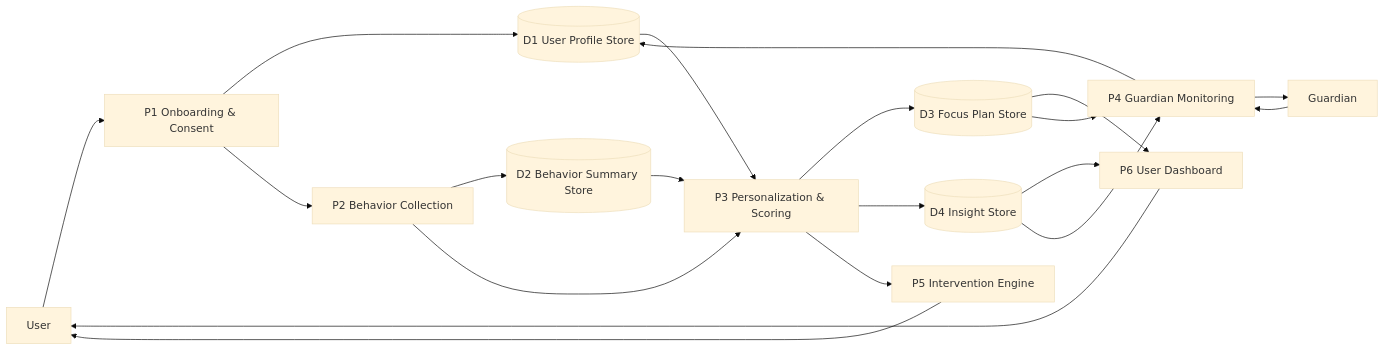
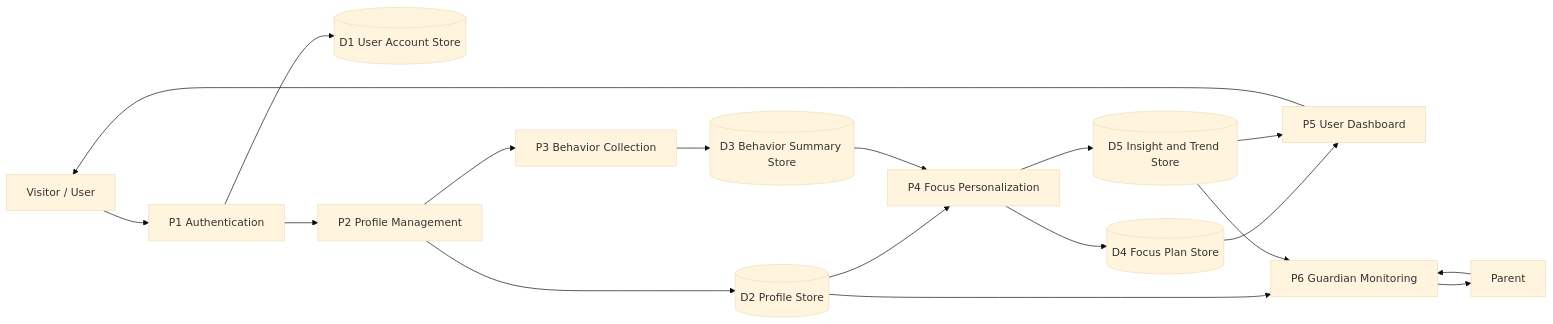
Before and after one commit to BasantSaad/brain-rot-X-BRAIN-BOOST: the third of 7 diagrams in ARCHITECTURE_DIAGRAM.md, drawn with Mermaid (base theme). The commit also changed other lines of this file and 16 other files, not shown here.

````diff
--- a/ARCHITECTURE_DIAGRAM.md
+++ b/ARCHITECTURE_DIAGRAM.md
@@ -62,23 +60,20 @@
 ```mermaid
 flowchart LR
-    ext1["User"] --> p1["P1 Onboarding & Consent"]
-    ext2["Guardian"] --> p4["P4 Guardian Monitoring"]
-
-    p1 --> d1[("D1 User Profile Store")]
-    p1 --> p2["P2 Behavior Collection"]
-    p2 --> d2[("D2 Behavior Summary Store")]
-    p2 --> p3["P3 Personalization & Scoring"]
-    d1 --> p3
-    d2 --> p3
-    p3 --> d3[("D3 Focus Plan Store")]
-    p3 --> d4[("D4 Insight Store")]
-    p3 --> p5["P5 Intervention Engine"]
-    d3 --> p6["P6 User Dashboard"]
-    d4 --> p6
-    p6 --> ext1
-    p4 --> d1
+    ext1["Visitor / User"] --> p1["P1 Authentication"]
+    p1 --> d1[("D1 User Account Store")]
+    p1 --> p2["P2 Profile Management"]
+    p2 --> d2[("D2 Profile Store")]
+    p2 --> p3["P3 Behavior Collection"]
+    p3 --> d3[("D3 Behavior Summary Store")]
+    d2 --> p4["P4 Focus Personalization"]
     d3 --> p4
-    d4 --> p4
-    p4 --> ext2
+    p4 --> d4[("D4 Focus Plan Store")]
+    p4 --> d5[("D5 Insight and Trend Store")]
+    d4 --> p5["P5 User Dashboard"]
+    d5 --> p5
     p5 --> ext1
+    ext2["Parent"] --> p6["P6 Guardian Monitoring"]
+    d2 --> p6
+    d5 --> p6
+    p6 --> ext2
 ```
````
